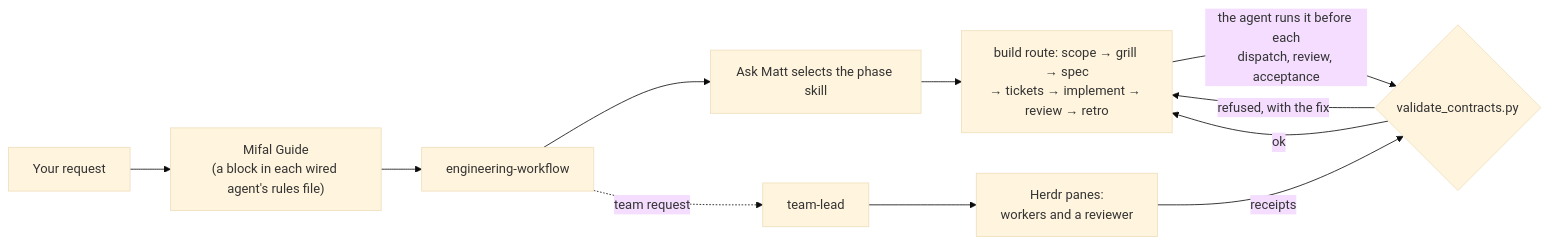
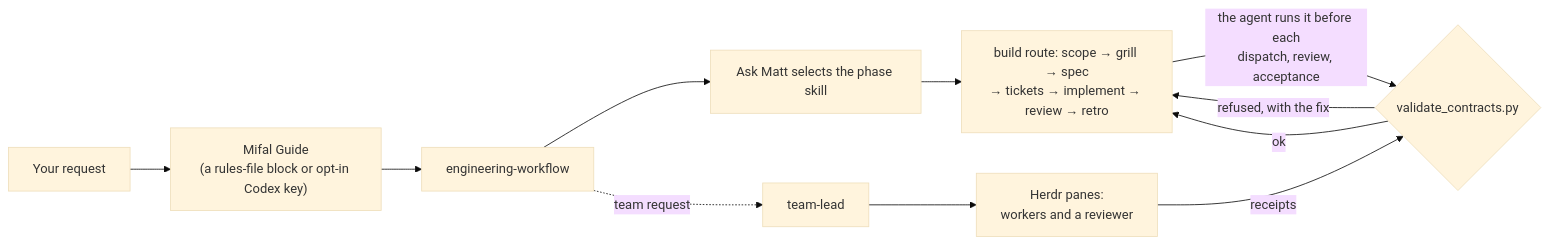
One commit to avidigmi/mifal changed the diagram in README.md. Above: the diagram before and after it, drawn with Mermaid (base theme). The commit also changed other lines of this file and 77 other files, not shown here.

First line of the commit message:
Release 0.3.0: several Homes per agent, the linked Codex key, update guards, OpenCode, and agent-agnostic docs (#11)

````diff
--- a/README.md
+++ b/README.md
@@ -63,13 +64,13 @@
 ```mermaid
 flowchart LR
-  ask[Your request] --> guide["Mifal Guide<br/>(a block in each wired agent's rules file)"]
+  ask[Your request] --> guide["Mifal Guide<br/>(a rules-file block or opt-in Codex key)"]
   guide --> ew[engineering-workflow]
   ew --> am[Ask Matt selects the phase skill]
   am --> phase["build route: scope → grill → spec<br/>→ tickets → implement → review → retro"]
   phase -->|the agent runs it before each<br/>dispatch, review, acceptance| gate{validate_contracts.py}
   gate -->|refused, with the fix| phase
   gate -->|ok| phase
   ew -.->|team request| lead[team-lead]
   lead --> panes["Herdr panes:<br/>workers and a reviewer"]
   panes -->|receipts| gate
 ```
````
